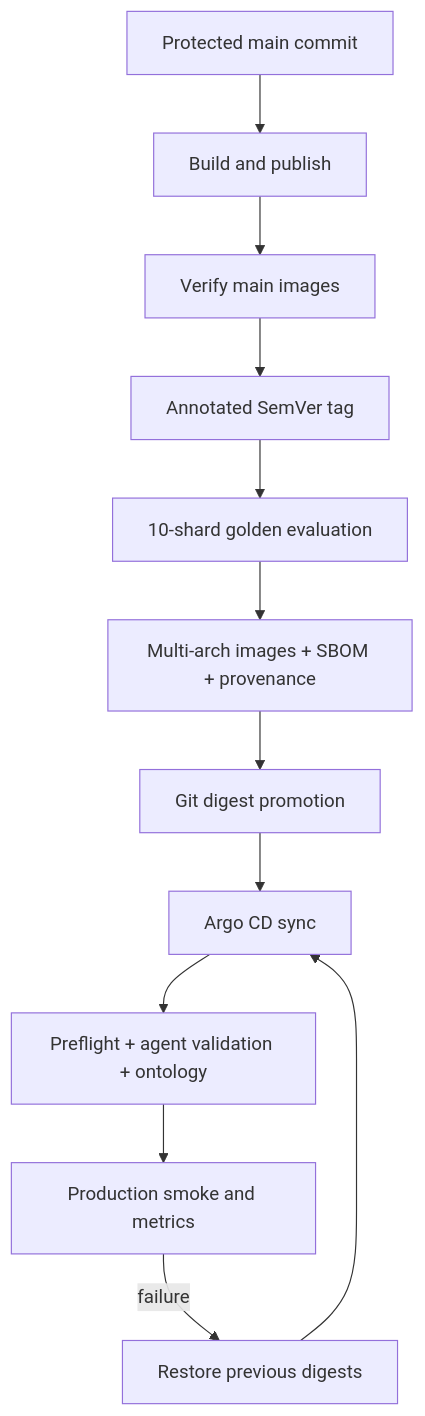
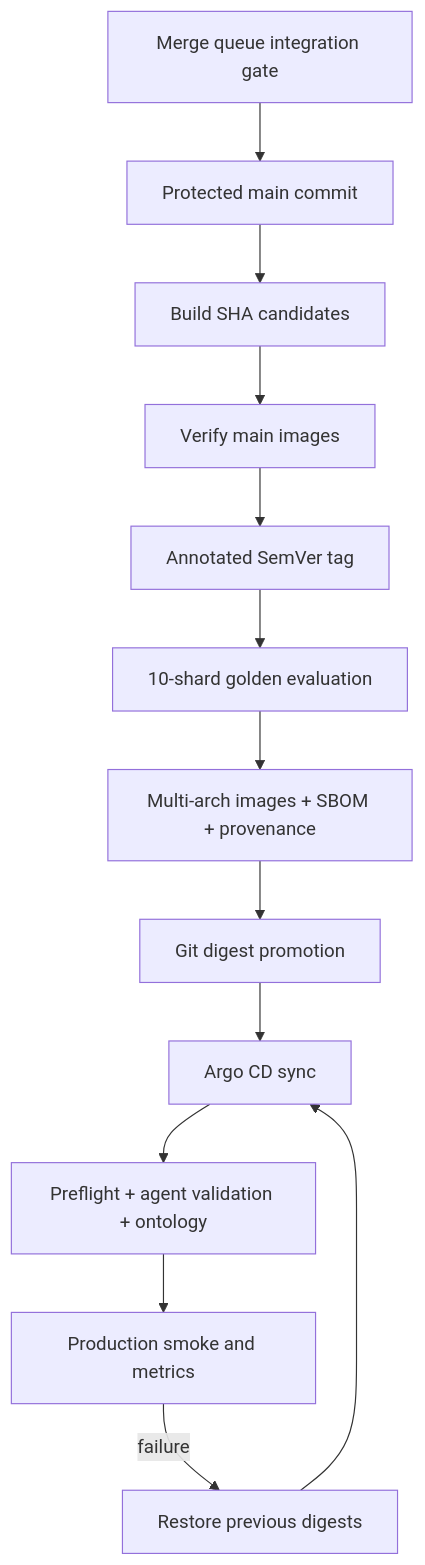
One commit to sqe/AQE changed the third of 3 diagrams in docs/production-release.md. Above: the diagram before and after it, drawn with Mermaid. The commit also changed other lines of this file and 57 other files, not shown here.

````diff
--- a/docs/production-release.md
+++ b/docs/production-release.md
@@ -45,14 +149,15 @@
 ```mermaid
 flowchart TD
-    A[Protected main commit] --> B[Build and publish]
-    B --> C[Verify main images]
-    C --> D[Annotated SemVer tag]
-    D --> E[10-shard golden evaluation]
-    E --> F[Multi-arch images + SBOM + provenance]
-    F --> P[Git digest promotion]
+    A[Merge queue integration gate] --> B[Protected main commit]
+    B --> C[Build SHA candidates]
+    C --> D[Verify main images]
+    D --> E[Annotated SemVer tag]
+    E --> F[10-shard golden evaluation]
+    F --> X[Multi-arch images + SBOM + provenance]
+    X --> P[Git digest promotion]
     P --> G[Argo CD sync]
     G --> H[Preflight + agent validation + ontology]
     H --> I[Production smoke and metrics]
     I -->|failure| J[Restore previous digests]
     J --> G
 ```
````
